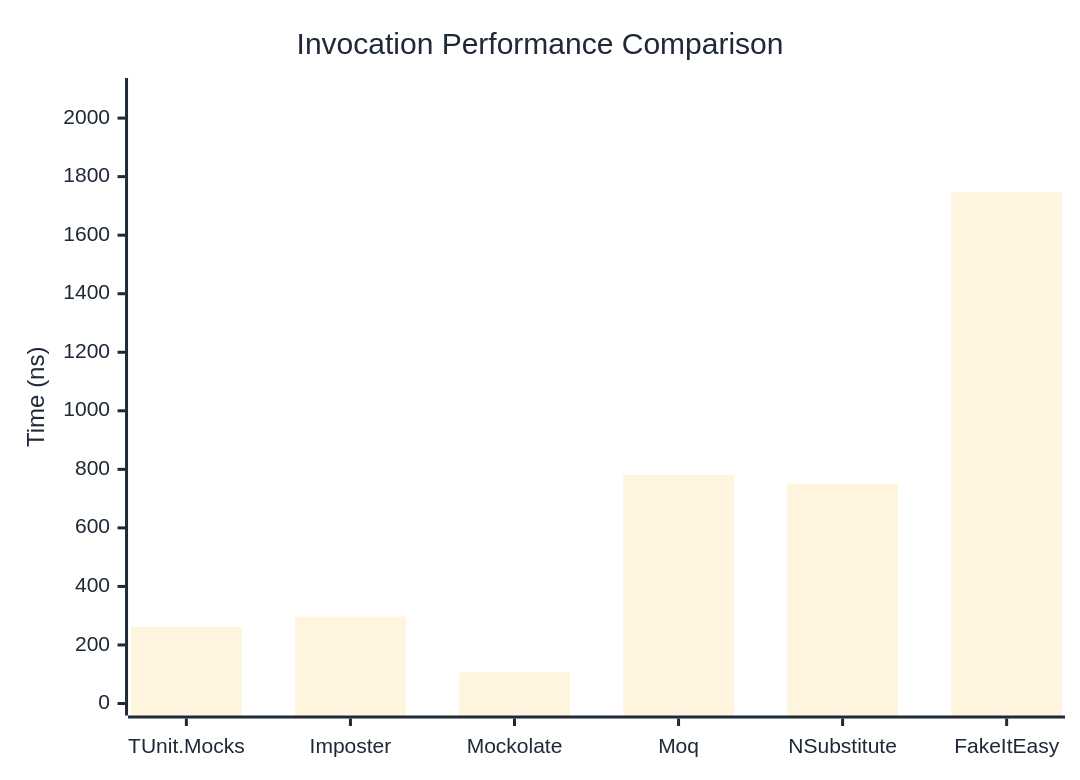
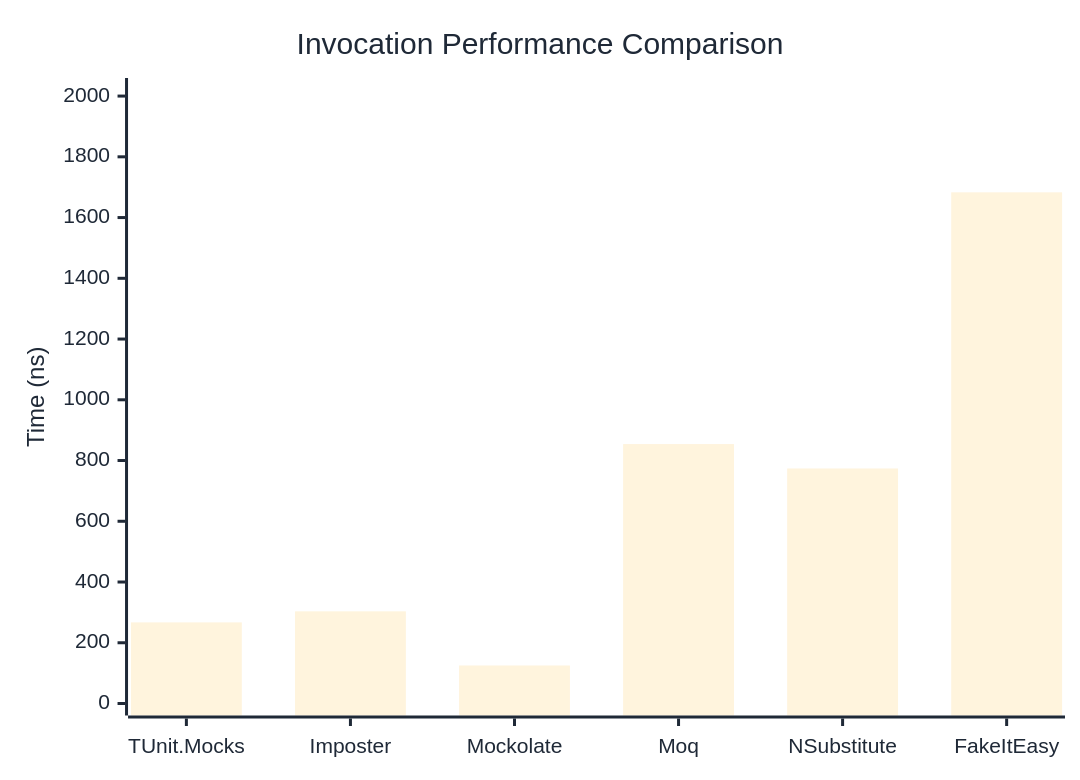
Before and after one commit to thomhurst/TUnit: the first of 3 diagrams in docs/docs/benchmarks/mocks/Invocation.md, drawn with Mermaid. The commit also changed other lines of this file and 14 other files, not shown here.

````diff
--- a/docs/docs/benchmarks/mocks/Invocation.md
+++ b/docs/docs/benchmarks/mocks/Invocation.md
@@ -28,27 +28,27 @@
 ```mermaid
 %%{init: {
   'theme':'base',
   'themeVariables': {
     'primaryColor': '#2563eb',
     'primaryTextColor': '#1f2937',
     'primaryBorderColor': '#1e40af',
     'lineColor': '#6b7280',
     'secondaryColor': '#7c3aed',
     'tertiaryColor': '#dc2626',
     'background': '#ffffff',
     'pie1': '#2563eb',
     'pie2': '#7c3aed',
     'pie3': '#dc2626',
     'pie4': '#f59e0b',
     'pie5': '#10b981',
     'pie6': '#06b6d4',
     'pie7': '#ec4899',
     'pie8': '#6366f1'
   }
 }}%%
 xychart-beta
   title "Invocation Performance Comparison"
   x-axis ["TUnit.Mocks", "Imposter", "Mockolate", "Moq", "NSubstitute", "FakeItEasy"]
-  y-axis "Time (ns)" 0 --> 2096
-  bar [261.2, 296.5, 106.1, 780.3, 751.2, 1746.5]
+  y-axis "Time (ns)" 0 --> 2020
+  bar [267.09, 303.44, 125.19, 854.16, 773.8, 1683.09]
 ```
````
